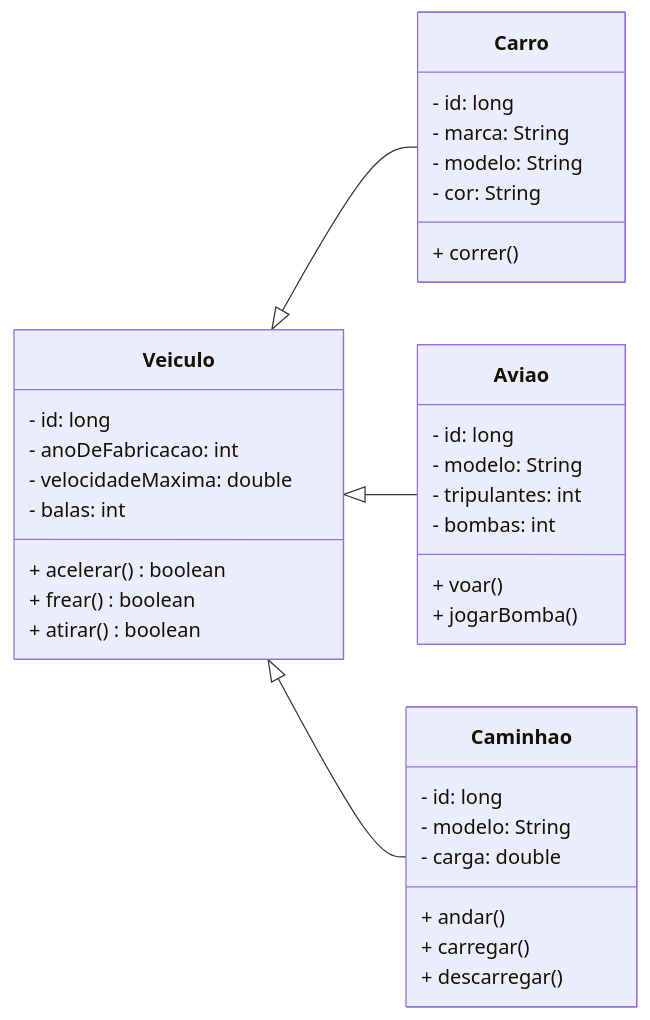
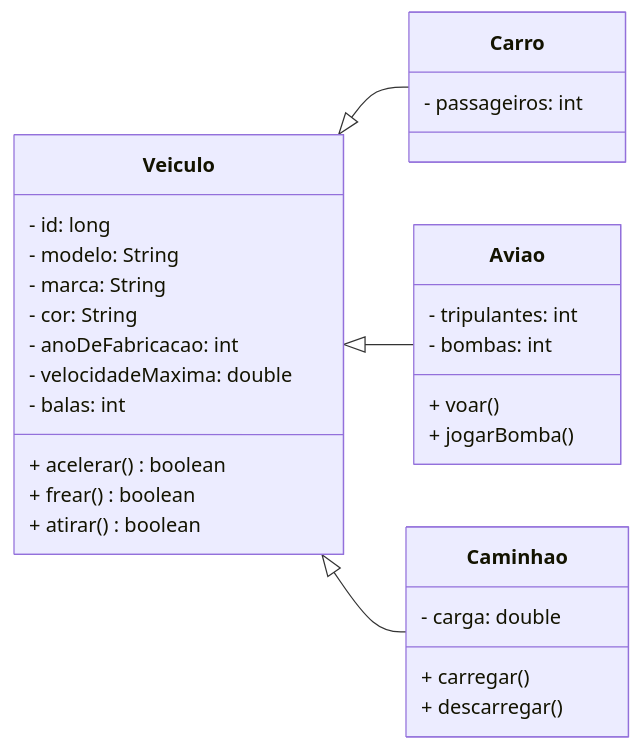
One commit to lucasgch/POO changed the third of 4 diagrams in aulas/2026-10-14/readme.md. Above: the diagram before and after it, drawn with Mermaid. The commit also changed 5 other files, not shown here.

````diff
--- a/aulas/2026-10-14/readme.md
+++ b/aulas/2026-10-14/readme.md
@@ -157,45 +157,39 @@
 ```mermaid
     classDiagram
         direction LR
         
         class Veiculo {
             - id: long
+            - modelo: String
+            - marca: String
+            - cor: String
             - anoDeFabricacao: int
             - velocidadeMaxima: double
             - balas: int
             + acelerar() boolean
             + frear() boolean
             + atirar() boolean
         }      
         
         class Carro {
-            - id: long
-            - marca: String
-            - modelo: String
-            - cor: String
-            + correr()
+            - passageiros: int
         }
         
         class Aviao{
-           - id: long
-           - modelo: String
            - tripulantes: int
            - bombas: int
            + voar()
            + jogarBomba()
         }
         
         class Caminhao {
-            - id: long
-            - modelo: String
             - carga: double
-            + andar()
             + carregar()
             + descarregar()
             
         }
 
         Veiculo <|-- Carro
         Veiculo <|-- Aviao
         Veiculo <|-- Caminhao
 ```
````
